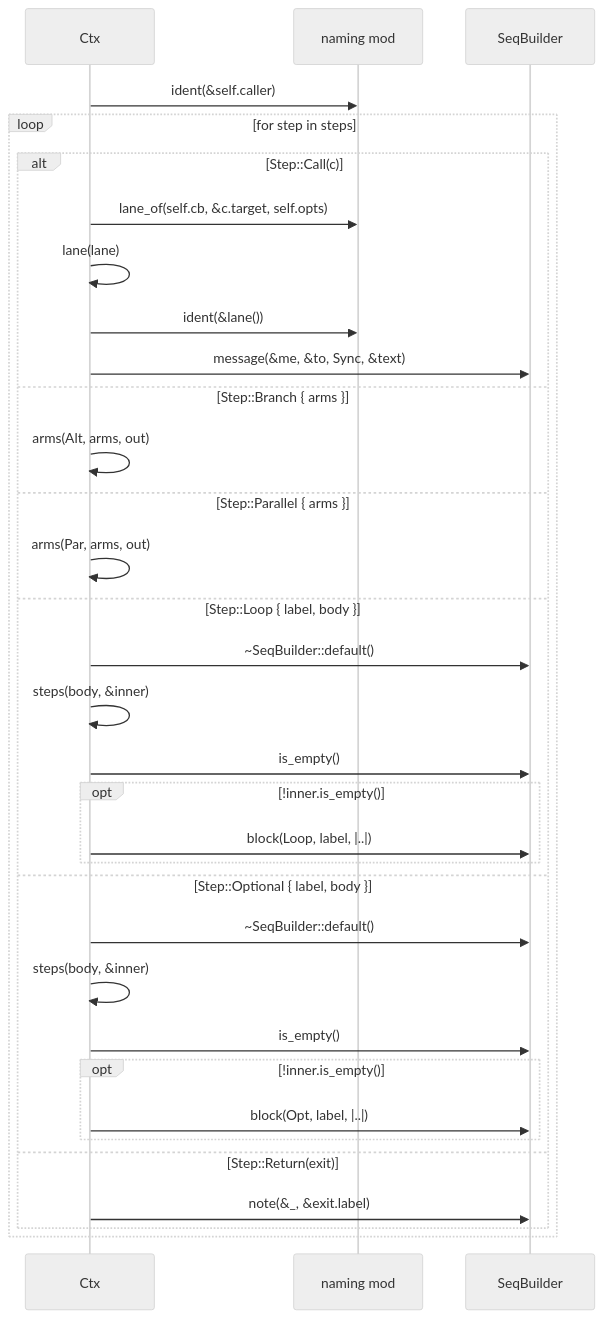
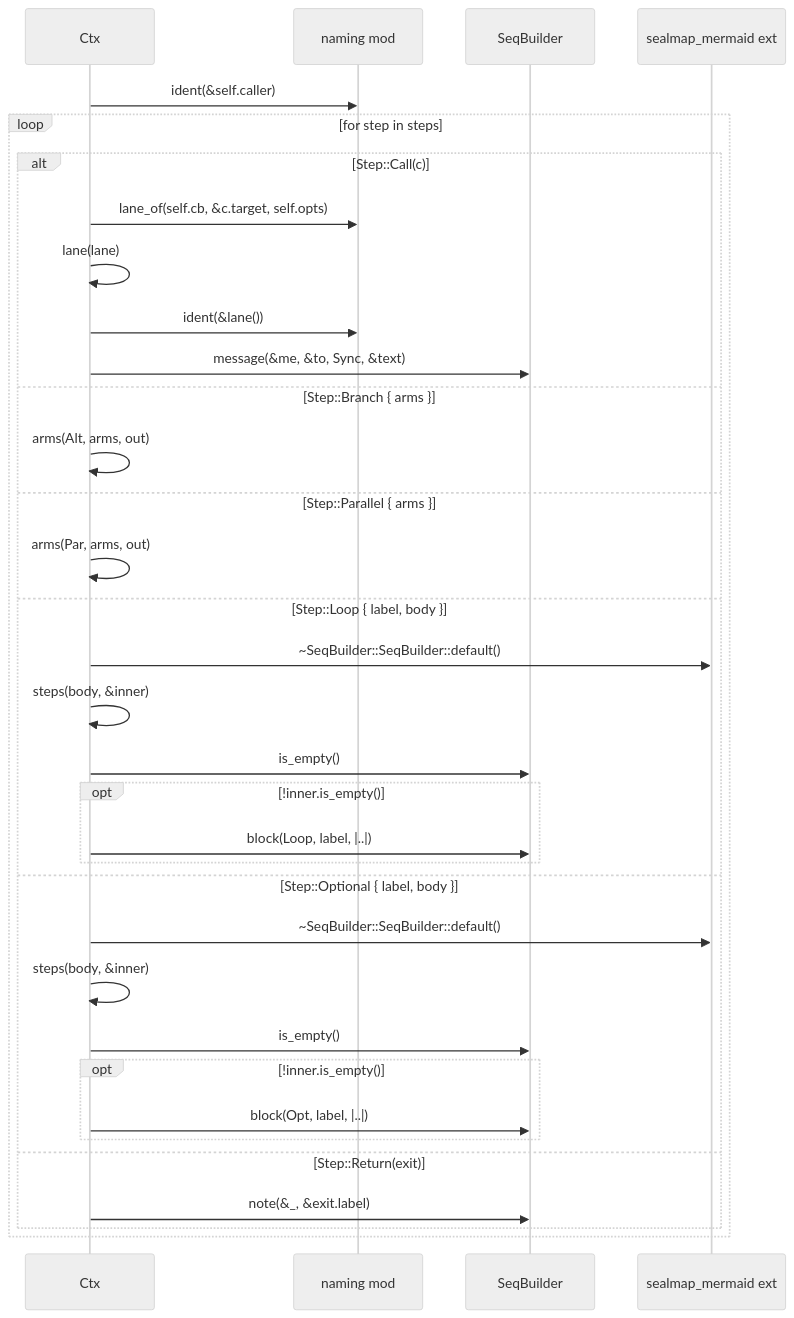
The third of 4 diagrams in docs/sealmap/crates/sealmap-corpus/src/sequence.rs.md (DreamLab-AI/codemaid), drawn with Mermaid (neutral theme) before and after one commit. The commit also changed other lines of this file and 45 other files, not shown here.

First line of the commit message:
docs: regenerate the self-corpus for sym: ids and schema v2

````diff
--- a/docs/sealmap/crates/sealmap-corpus/src/sequence.rs.md
+++ b/docs/sealmap/crates/sealmap-corpus/src/sequence.rs.md
@@ -117,35 +117,36 @@
 ```mermaid
 sequenceDiagram
-  participant sealmap_corpus__sequence__Ctx as Ctx
+  participant sealmap_corpus__sequence___tCtx as Ctx
   participant sealmap_corpus__naming as naming mod
-  participant sealmap_mermaid__sequence__SeqBuilder as SeqBuilder
-  sealmap_corpus__sequence__Ctx->>sealmap_corpus__naming: ident(&self.caller)
+  participant sealmap_mermaid__sequence___tSeqBuilder as SeqBuilder
+  participant _sealmap_mermaid as sealmap_mermaid ext
+  sealmap_corpus__sequence___tCtx->>sealmap_corpus__naming: ident(&self.caller)
   loop for step in steps
     alt Step::Call(c)
-      sealmap_corpus__sequence__Ctx->>sealmap_corpus__naming: lane_of(self.cb, &c.target, self.opts)
-      sealmap_corpus__sequence__Ctx->>sealmap_corpus__sequence__Ctx: lane(lane)
-      sealmap_corpus__sequence__Ctx->>sealmap_corpus__naming: ident(&lane())
-      sealmap_corpus__sequence__Ctx->>sealmap_mermaid__sequence__SeqBuilder: message(&me, &to, Sync, &text)
+      sealmap_corpus__sequence___tCtx->>sealmap_corpus__naming: lane_of(self.cb, &c.target, self.opts)
+      sealmap_corpus__sequence___tCtx->>sealmap_corpus__sequence___tCtx: lane(lane)
+      sealmap_corpus__sequence___tCtx->>sealmap_corpus__naming: ident(&lane())
+      sealmap_corpus__sequence___tCtx->>sealmap_mermaid__sequence___tSeqBuilder: message(&me, &to, Sync, &text)
     else Step::Branch { arms }
-      sealmap_corpus__sequence__Ctx->>sealmap_corpus__sequence__Ctx: arms(Alt, arms, out)
+      sealmap_corpus__sequence___tCtx->>sealmap_corpus__sequence___tCtx: arms(Alt, arms, out)
     else Step::Parallel { arms }
-      sealmap_corpus__sequence__Ctx->>sealmap_corpus__sequence__Ctx: arms(Par, arms, out)
+      sealmap_corpus__sequence___tCtx->>sealmap_corpus__sequence___tCtx: arms(Par, arms, out)
     else Step::Loop { label, body }
-      sealmap_corpus__sequence__Ctx->>sealmap_mermaid__sequence__SeqBuilder: ~SeqBuilder::default()
-      sealmap_corpus__sequence__Ctx->>sealmap_corpus__sequence__Ctx: steps(body, &inner)
-      sealmap_corpus__sequence__Ctx->>sealmap_mermaid__sequence__SeqBuilder: is_empty()
+      sealmap_corpus__sequence___tCtx->>_sealmap_mermaid: ~SeqBuilder::SeqBuilder::default()
+      sealmap_corpus__sequence___tCtx->>sealmap_corpus__sequence___tCtx: steps(body, &inner)
+      sealmap_corpus__sequence___tCtx->>sealmap_mermaid__sequence___tSeqBuilder: is_empty()
       opt !inner.is_empty()
-        sealmap_corpus__sequence__Ctx->>sealmap_mermaid__sequence__SeqBuilder: block(Loop, label, |..|)
+        sealmap_corpus__sequence___tCtx->>sealmap_mermaid__sequence___tSeqBuilder: block(Loop, label, |..|)
       end
     else Step::Optional { label, body }
-      sealmap_corpus__sequence__Ctx->>sealmap_mermaid__sequence__SeqBuilder: ~SeqBuilder::default()
-      sealmap_corpus__sequence__Ctx->>sealmap_corpus__sequence__Ctx: steps(body, &inner)
-      sealmap_corpus__sequence__Ctx->>sealmap_mermaid__sequence__SeqBuilder: is_empty()
+      sealmap_corpus__sequence___tCtx->>_sealmap_mermaid: ~SeqBuilder::SeqBuilder::default()
+      sealmap_corpus__sequence___tCtx->>sealmap_corpus__sequence___tCtx: steps(body, &inner)
+      sealmap_corpus__sequence___tCtx->>sealmap_mermaid__sequence___tSeqBuilder: is_empty()
       opt !inner.is_empty()
-        sealmap_corpus__sequence__Ctx->>sealmap_mermaid__sequence__SeqBuilder: block(Opt, label, |..|)
+        sealmap_corpus__sequence___tCtx->>sealmap_mermaid__sequence___tSeqBuilder: block(Opt, label, |..|)
       end
     else Step::Return(exit)
-      sealmap_corpus__sequence__Ctx->>sealmap_mermaid__sequence__SeqBuilder: note(&_, &exit.label)
+      sealmap_corpus__sequence___tCtx->>sealmap_mermaid__sequence___tSeqBuilder: note(&_, &exit.label)
     end
   end
 ```
````
